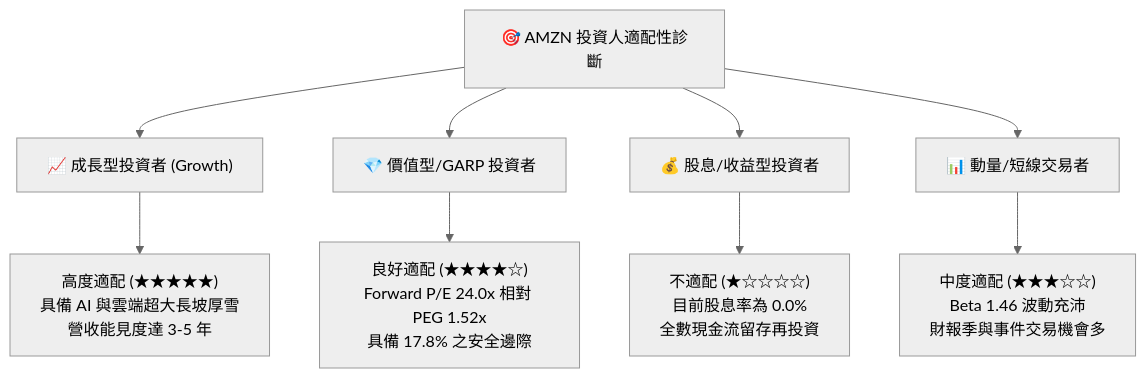
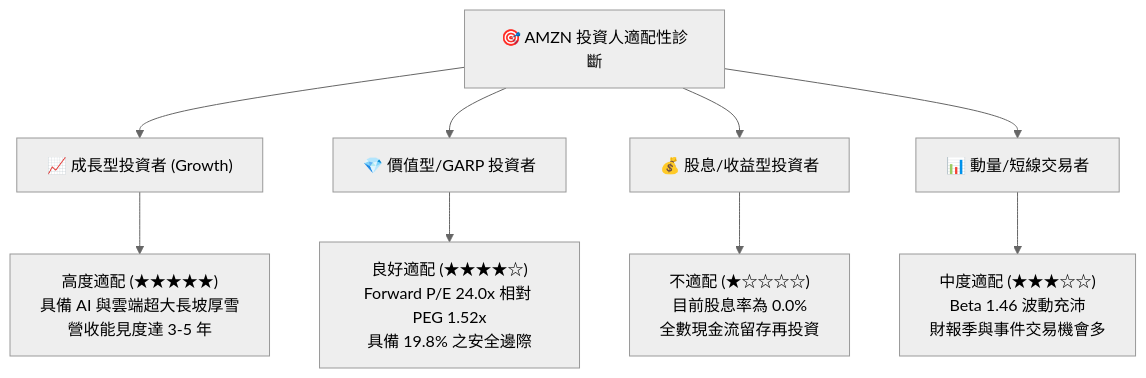
Before and after one commit to yennanliu/finance_data: diagram 15 of 15 in ai_gen_report/fundamental/amzn/fundamental_analysis_2026-10-22_gemini.md, drawn with Mermaid (neutral theme). The commit also changed other lines of this file and 339 other files, not shown here.

````diff
--- a/ai_gen_report/fundamental/amzn/fundamental_analysis_2026-10-22_gemini.md
+++ b/ai_gen_report/fundamental/amzn/fundamental_analysis_2026-10-22_gemini.md
@@ -1123,14 +1138,14 @@
 ```mermaid
 graph TD
     INV["🎯 AMZN 投資人適配性診斷"]
 
     INV --> G["📈 成長型投資者 (Growth)"]
     INV --> V["💎 價值型/GARP 投資者"]
     INV --> D["💰 股息/收益型投資者"]
     INV --> T["📊 動量/短線交易者"]
 
     G --> G1["高度適配 (★★★★★)<br/>具備 AI 與雲端超大長坡厚雪<br/>營收能見度達 3-5 年"]
-    V --> V1["良好適配 (★★★★☆)<br/>Forward P/E 24.0x 相對 PEG 1.52x<br/>具備 17.8% 之安全邊際"]
+    V --> V1["良好適配 (★★★★☆)<br/>Forward P/E 24.0x 相對 PEG 1.52x<br/>具備 19.8% 之安全邊際"]
     D --> D1["不適配 (★☆☆☆☆)<br/>目前股息率為 0.0%<br/>全數現金流留存再投資"]
     T --> T1["中度適配 (★★★☆☆)<br/>Beta 1.46 波動充沛<br/>財報季與事件交易機會多"]
 ```
````
